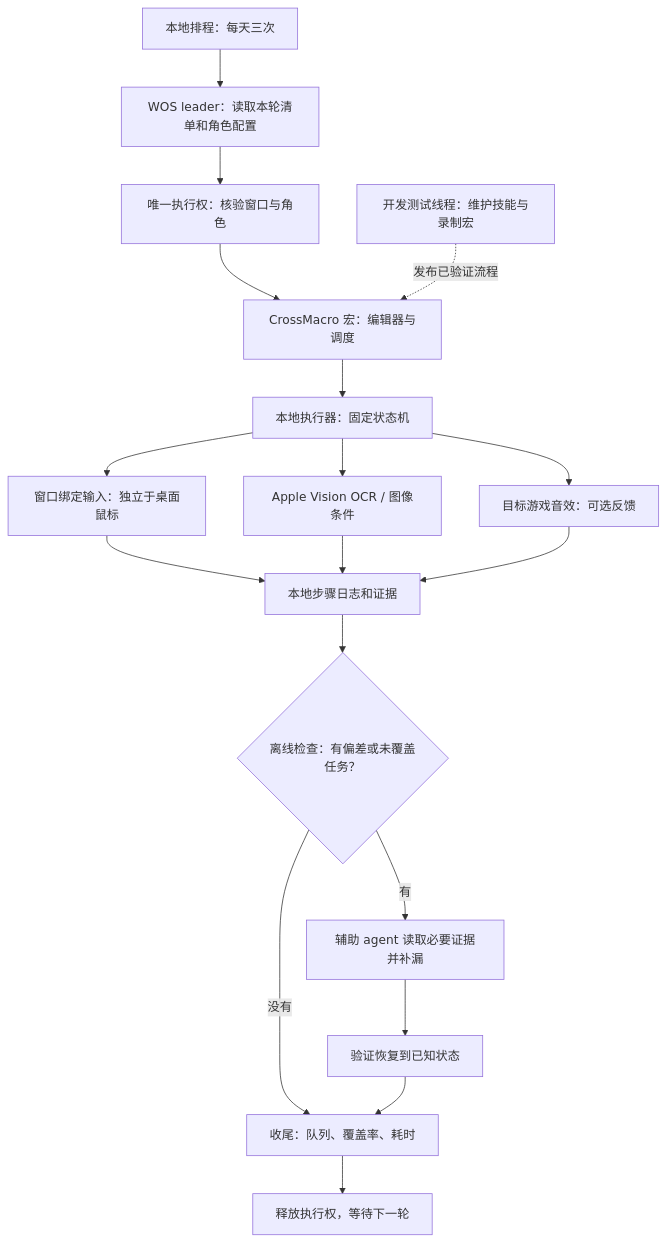
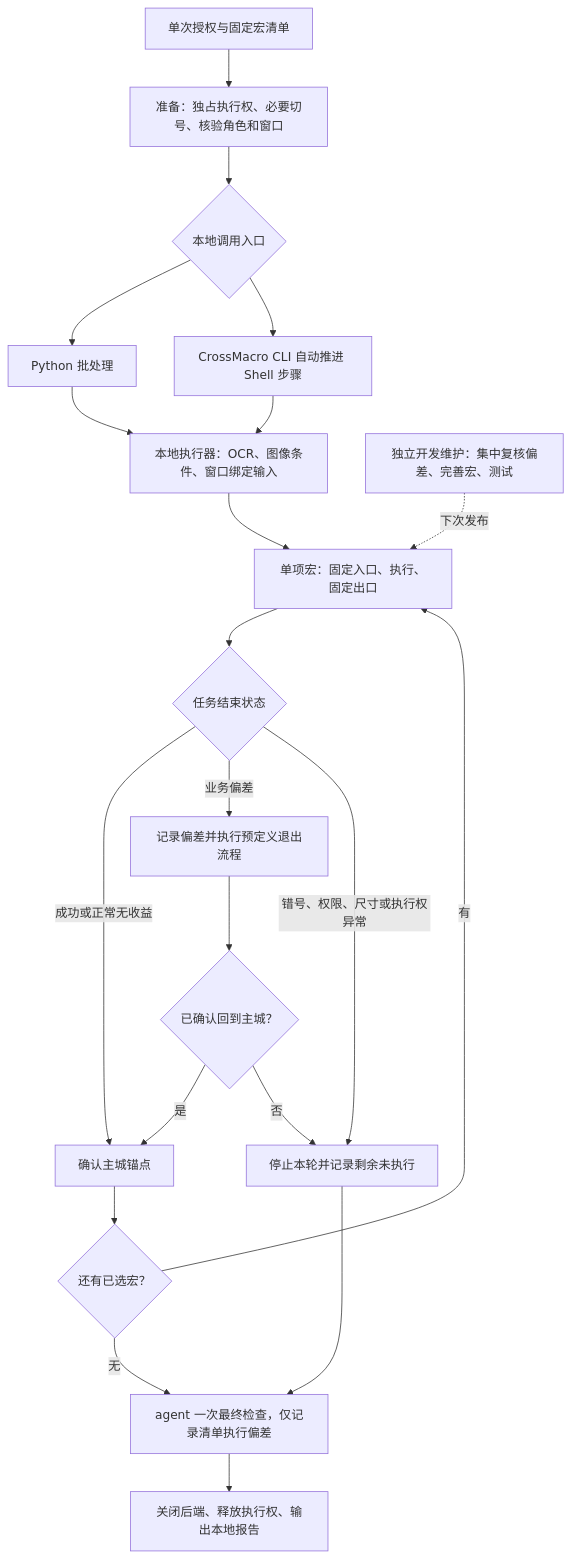
The diagram in docs/WOS-AUTOMATION-V2.md (carolplay/codex-game-skills), drawn with Mermaid before and after one commit. The commit also changed other lines of this file and 7 other files, not shown here.

Commit message:
Define composable WOS macro tasks and record-only V2 execution

````diff
--- a/docs/WOS-AUTOMATION-V2.md
+++ b/docs/WOS-AUTOMATION-V2.md
@@ -7,20 +7,23 @@
 ```mermaid
 flowchart TD
-  A[本地排程：每天三次] --> B[WOS leader：读取本轮清单和角色配置]
-  B --> C[唯一执行权：核验窗口与角色]
-  C --> D[CrossMacro 宏：编辑器与调度]
-  D --> E[本地执行器：固定状态机]
-  E --> F[窗口绑定输入：独立于桌面鼠标]
-  E --> G[Apple Vision OCR / 图像条件]
-  E --> H[目标游戏音效：可选反馈]
-  F --> I[本地步骤日志和证据]
-  G --> I
-  H --> I
-  I --> J{离线检查：有偏差或未覆盖任务？}
-  J -->|没有| K[收尾：队列、覆盖率、耗时]
-  J -->|有| L[辅助 agent 读取必要证据并补漏]
-  L --> M[验证恢复到已知状态]
-  M --> K
-  K --> N[释放执行权，等待下一轮]
-  O[开发测试线程：维护技能与录制宏] -. 发布已验证流程 .-> D
+  A[单次授权与固定宏清单] --> B[准备：独占执行权、必要切号、核验角色和窗口]
+  B --> C{本地调用入口}
+  C --> D[Python 批处理]
+  C --> E[CrossMacro CLI 自动推进 Shell 步骤]
+  D --> F[本地执行器：OCR、图像条件、窗口绑定输入]
+  E --> F
+  F --> G[单项宏：固定入口、执行、固定出口]
+  G --> H{任务结束状态}
+  H -->|成功或正常无收益| I[确认主城锚点]
+  H -->|业务偏差| J[记录偏差并执行预定义退出流程]
+  J --> K{已确认回到主城？}
+  K -->|是| I
+  K -->|否| L[停止本轮并记录剩余未执行]
+  H -->|错号、权限、尺寸或执行权异常| L
+  I --> M{还有已选宏？}
+  M -->|有| G
+  M -->|无| N[agent 一次最终检查，仅记录清单执行偏差]
+  L --> N
+  N --> O[关闭后端、释放执行权、输出本地报告]
+  P[独立开发维护：集中复核偏差、完善宏、测试] -. 下次发布 .-> G
 ```
````
